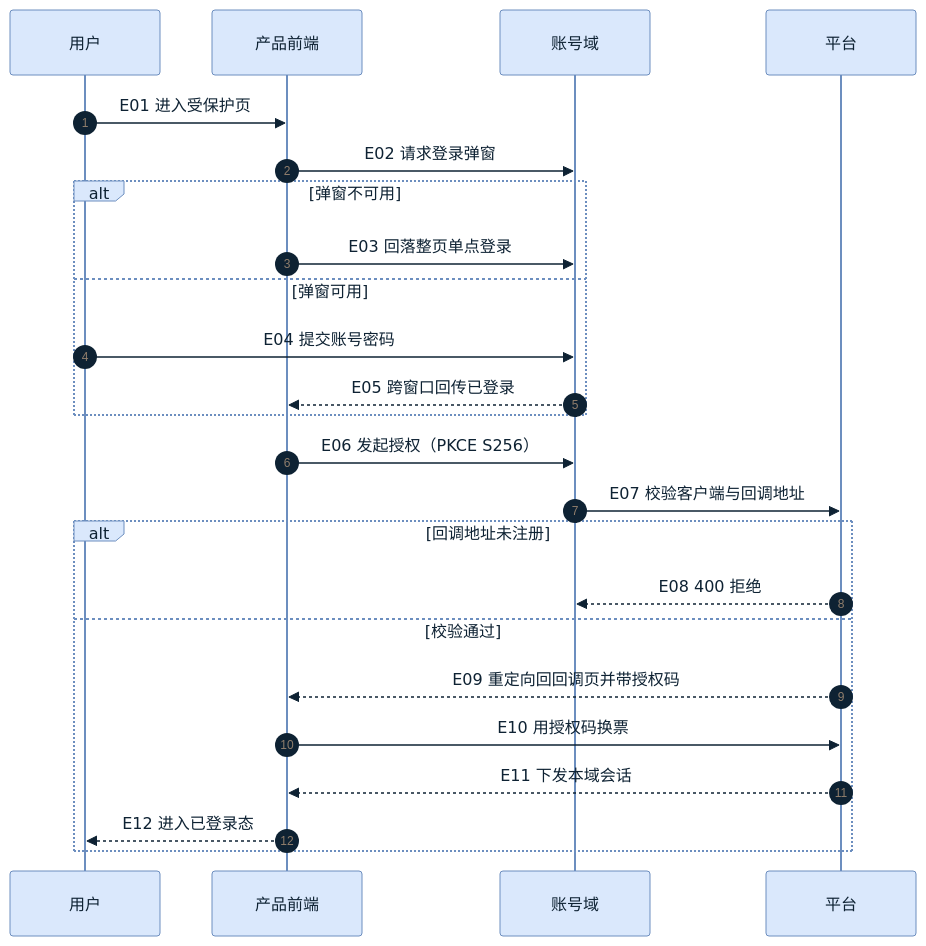
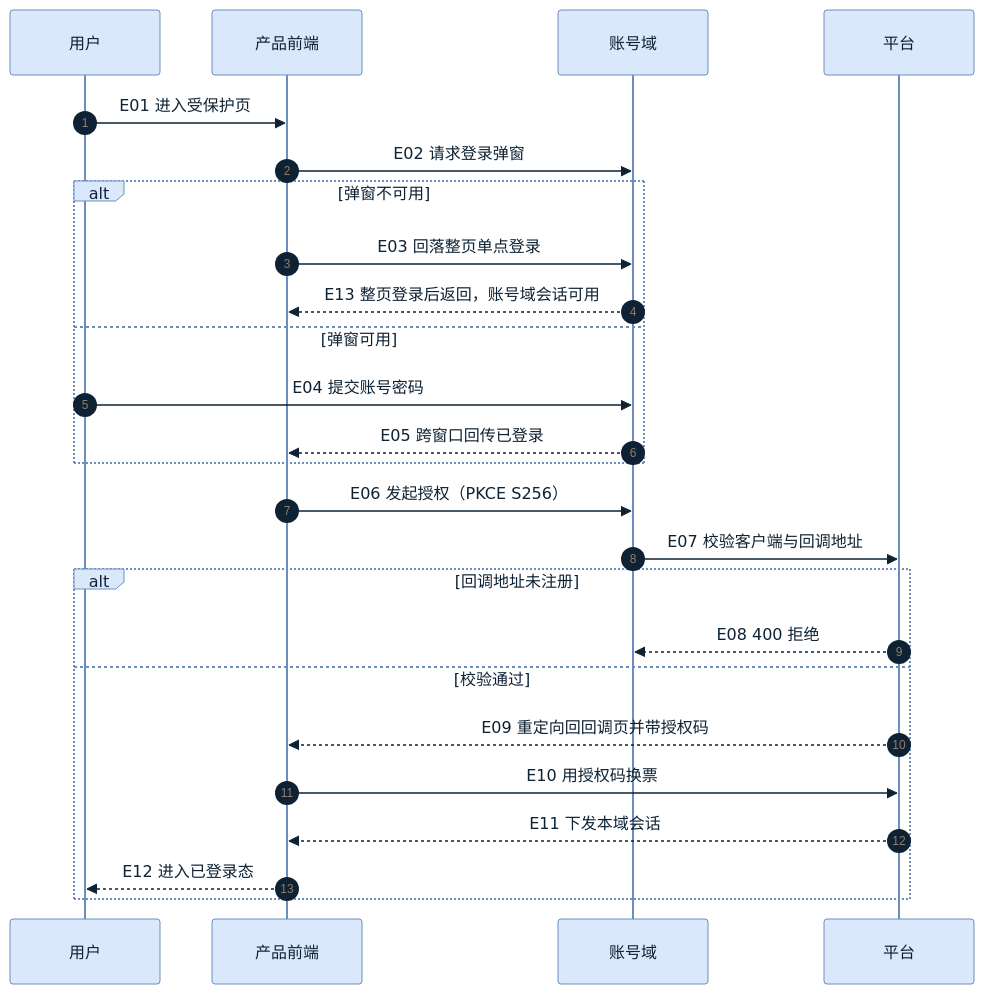
The diagram in skills/design-diagram/templates/sequence.md (Ganseblum/agentflows), drawn with Mermaid before and after one commit. The commit also changed other lines of this file and 165 other files, not shown here.

````diff
--- a/skills/design-diagram/templates/sequence.md
+++ b/skills/design-diagram/templates/sequence.md
@@ -8,35 +10,36 @@
 ```mermaid
 %%{init: {"theme":"base","themeVariables":{
   "fontFamily":"PingFang SC, Noto Sans CJK SC, Microsoft YaHei, Helvetica Neue, sans-serif",
   "fontSize":"14px",
   "primaryColor":"#dae8fc","primaryBorderColor":"#6c8ebf","primaryTextColor":"#0E2233",
   "lineColor":"#6F8193","noteBkgColor":"#fff2cc","noteBorderColor":"#d6b656"
 }}}%%
 sequenceDiagram
     accTitle: 站内登录主链路
     accDescr: 用户经弹窗或整页单点登录拿到账号域会话，再由产品域换票建立本域会话；失败分支为回调地址未注册时返回 400
     autonumber
     participant U as 用户
     participant S as 产品前端
     participant A as 账号域
     participant P as 平台
 
     U->>S: E01 进入受保护页
     S->>A: E02 请求登录弹窗
     alt 弹窗不可用
         S->>A: E03 回落整页单点登录
+        A-->>S: E13 整页登录后返回，账号域会话可用
     else 弹窗可用
         U->>A: E04 提交账号密码
         A-->>S: E05 跨窗口回传已登录
     end
     S->>A: E06 发起授权（PKCE S256）
     A->>P: E07 校验客户端与回调地址
     alt 回调地址未注册
         P-->>A: E08 400 拒绝
     else 校验通过
         P-->>S: E09 重定向回回调页并带授权码
         S->>P: E10 用授权码换票
         P-->>S: E11 下发本域会话
         S-->>U: E12 进入已登录态
     end
 ```
````
